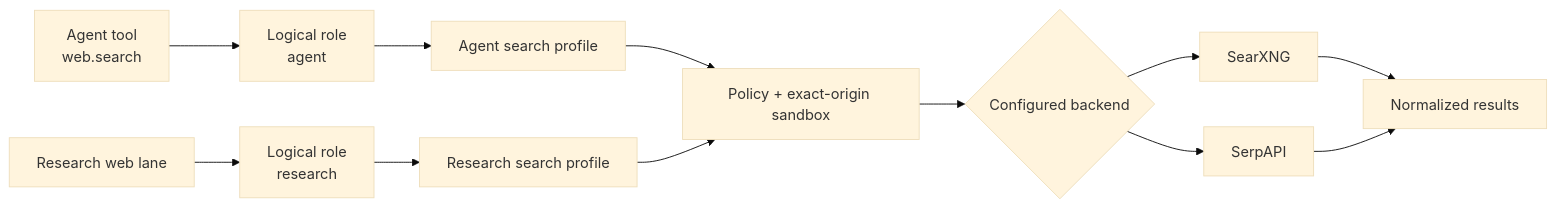
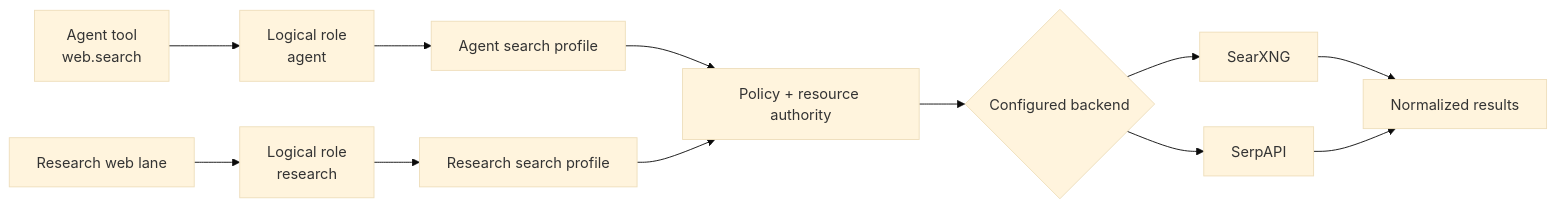
One commit to obscuritylabs/Colossus changed the diagram in docs/use/web-search.md. Above: the diagram before and after it, drawn with Mermaid (base theme). The commit also changed other lines of this file and 156 other files, not shown here.

````diff
--- a/docs/use/web-search.md
+++ b/docs/use/web-search.md
@@ -112,14 +113,14 @@
 ```mermaid
 flowchart LR
     A["Agent tool<br/>web.search"] --> R["Logical role<br/>agent"]
     D["Research web lane"] --> S["Logical role<br/>research"]
     R --> P1["Agent search profile"]
     S --> P2["Research search profile"]
-    P1 --> G["Policy + exact-origin sandbox"]
+    P1 --> G["Policy + resource authority"]
     P2 --> G
     G --> B{"Configured backend"}
     B --> X["SearXNG"]
     B --> Y["SerpAPI"]
     X --> N["Normalized results"]
     Y --> N
 ```
````
